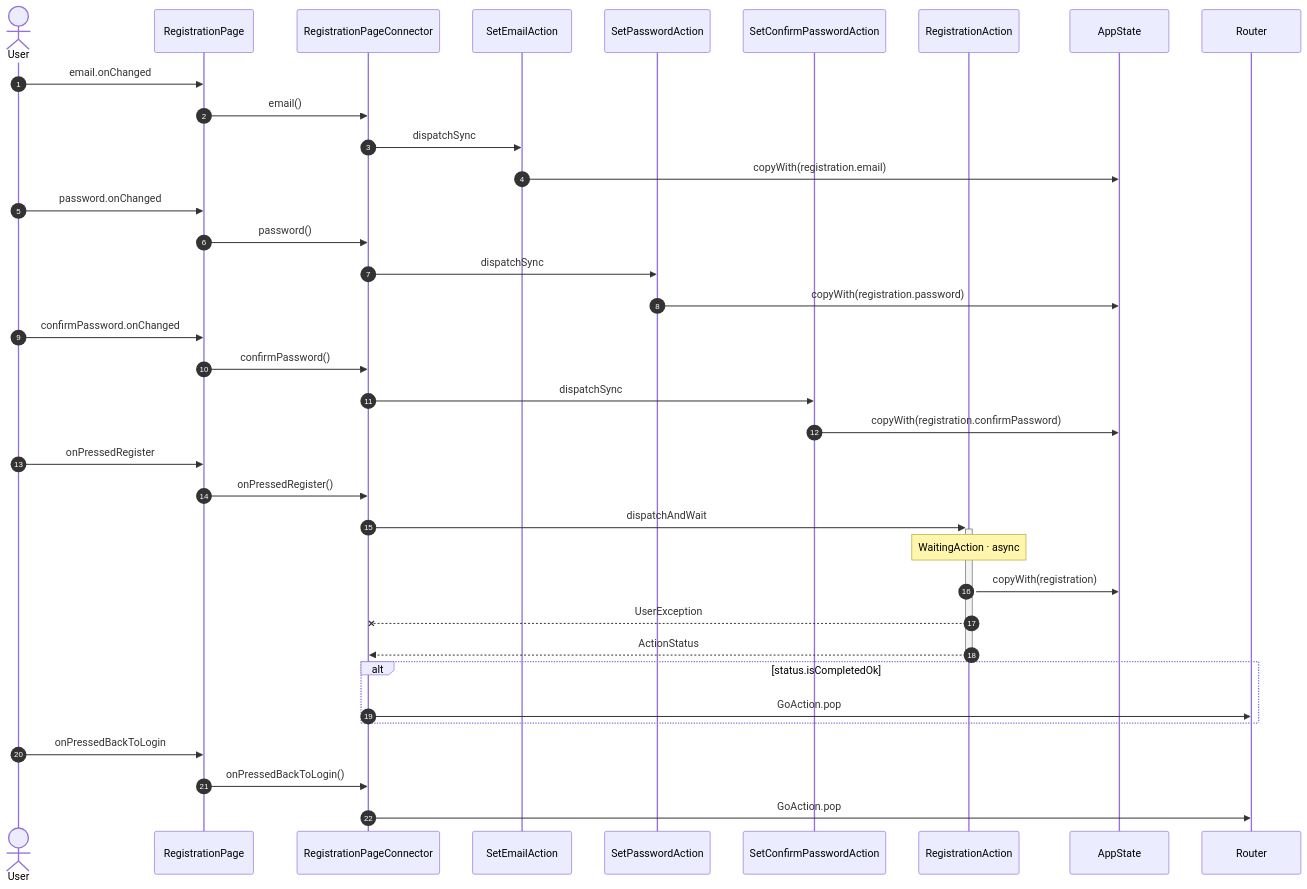
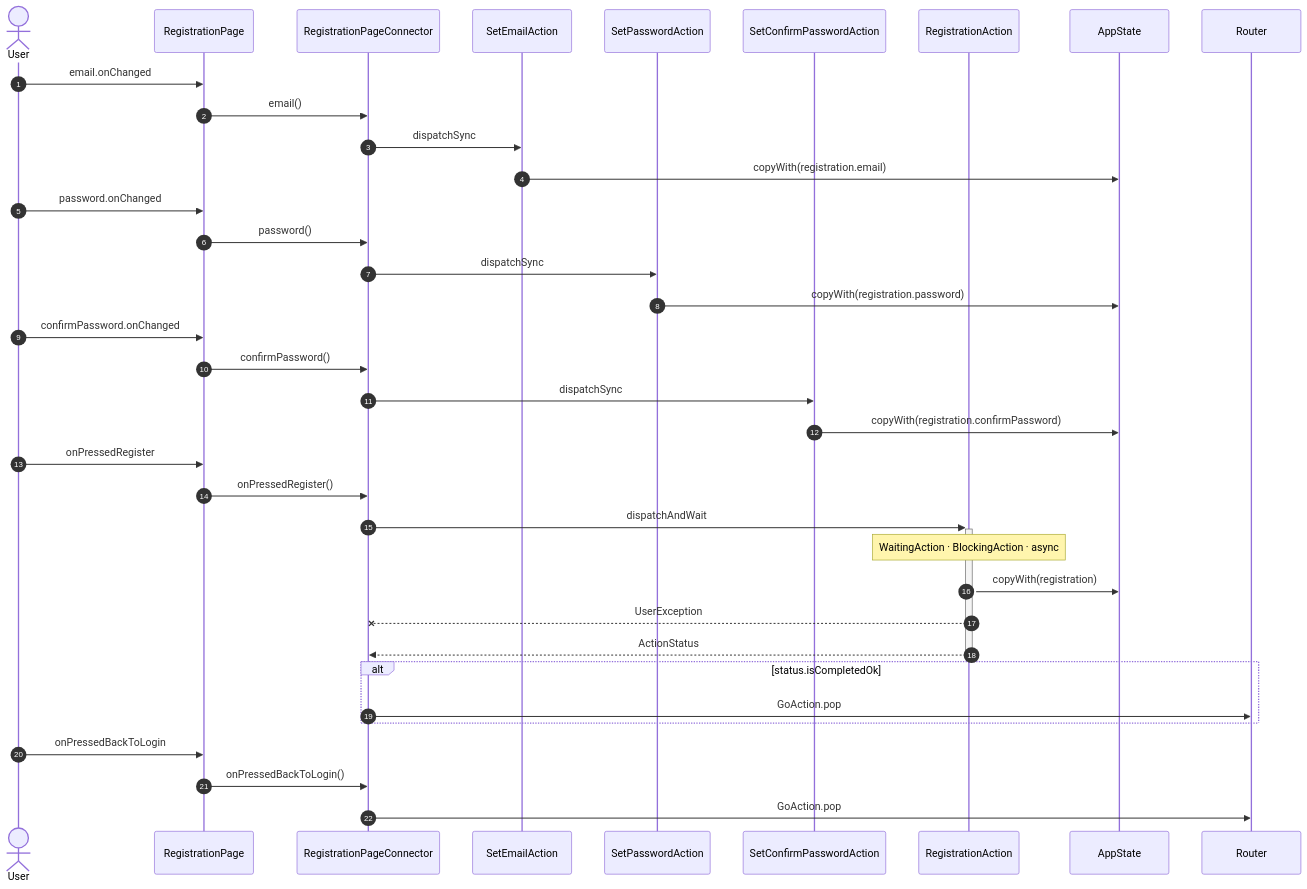
One commit to pro100andrey/flutter_redux_templates changed the diagram in docs/flows/registration.md. Above: the diagram before and after it, drawn with Mermaid. The commit also changed 14 other files, not shown here.

````diff
--- a/docs/flows/registration.md
+++ b/docs/flows/registration.md
@@ -7,43 +7,43 @@
 ```mermaid
 sequenceDiagram
     autonumber
     actor User
     participant UI as RegistrationPage
     participant VM as RegistrationPageConnector
     participant A1 as SetEmailAction
     participant A2 as SetPasswordAction
     participant A3 as SetConfirmPasswordAction
     participant A4 as RegistrationAction
     participant ST as AppState
     participant NAV as Router
 
     User->>UI: email.onChanged
     UI->>VM: email()
     VM->>A1: dispatchSync
     A1->>ST: copyWith(registration.email)
 
     User->>UI: password.onChanged
     UI->>VM: password()
     VM->>A2: dispatchSync
     A2->>ST: copyWith(registration.password)
 
     User->>UI: confirmPassword.onChanged
     UI->>VM: confirmPassword()
     VM->>A3: dispatchSync
     A3->>ST: copyWith(registration.confirmPassword)
 
     User->>UI: onPressedRegister
     UI->>VM: onPressedRegister()
     VM->>+A4: dispatchAndWait
-    Note over A4: WaitingAction · async
+    Note over A4: WaitingAction · BlockingAction · async
     A4->>ST: copyWith(registration)
     A4--xVM: UserException
     A4-->>-VM: ActionStatus
     alt status.isCompletedOk
         VM->>NAV: GoAction.pop
     end
 
     User->>UI: onPressedBackToLogin
     UI->>VM: onPressedBackToLogin()
     VM->>NAV: GoAction.pop
 ```
````
